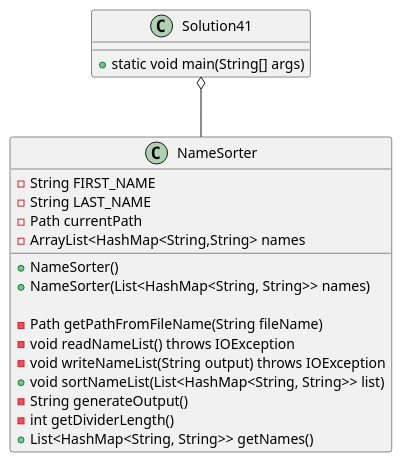
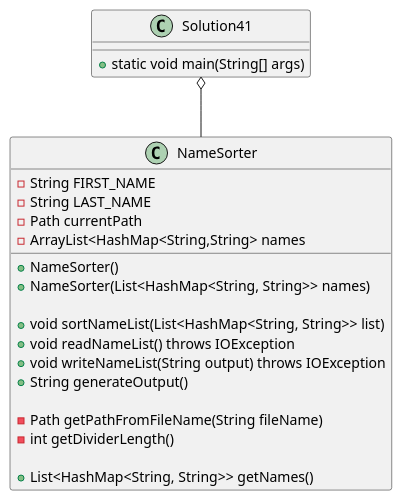
One commit to ethandrzb/thomas-a04 changed the diagram in exercise41/docs/class_diagram.puml. Above: the diagram before and after it, drawn with PlantUML. The commit also changed 1 other file, not shown here.

Commit message:
Updated and commented UML diagram

```diff
--- a/exercise41/docs/class_diagram.puml
+++ b/exercise41/docs/class_diagram.puml
@@ -1,31 +1,37 @@
 @startuml
 'https://plantuml.com/class-diagram
 
 class Solution41
 {
     +static void main(String[] args)
 }
 
 class NameSorter
 {
+    ' Fields
     -String FIRST_NAME
     -String LAST_NAME
     -Path currentPath
     -ArrayList<HashMap<String,String> names
 
     ' Constructors
     +NameSorter()
     +NameSorter(List<HashMap<String, String>> names)
 
+    ' User interface
+    +void sortNameList(List<HashMap<String, String>> list)
+    +void readNameList() throws IOException
+    +void writeNameList(String output) throws IOException
+    +String generateOutput()
+
+    ' Helper methods
     -Path getPathFromFileName(String fileName)
-    -void readNameList() throws IOException
-    -void writeNameList(String output) throws IOException
-    +void sortNameList(List<HashMap<String, String>> list)
-    -String generateOutput()
     -int getDividerLength()
+
+    ' Accessor methods for testing
     +List<HashMap<String, String>> getNames()
 }
 
 Solution41 o-- NameSorter
 
 @enduml
```
